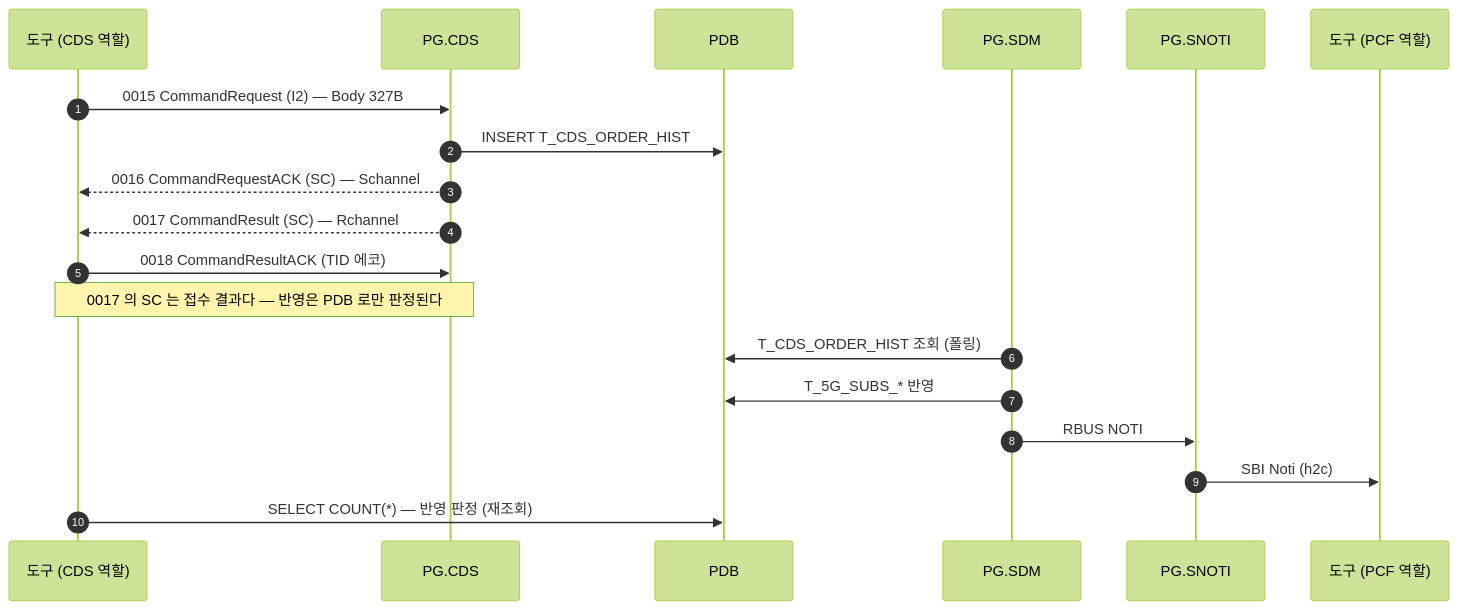
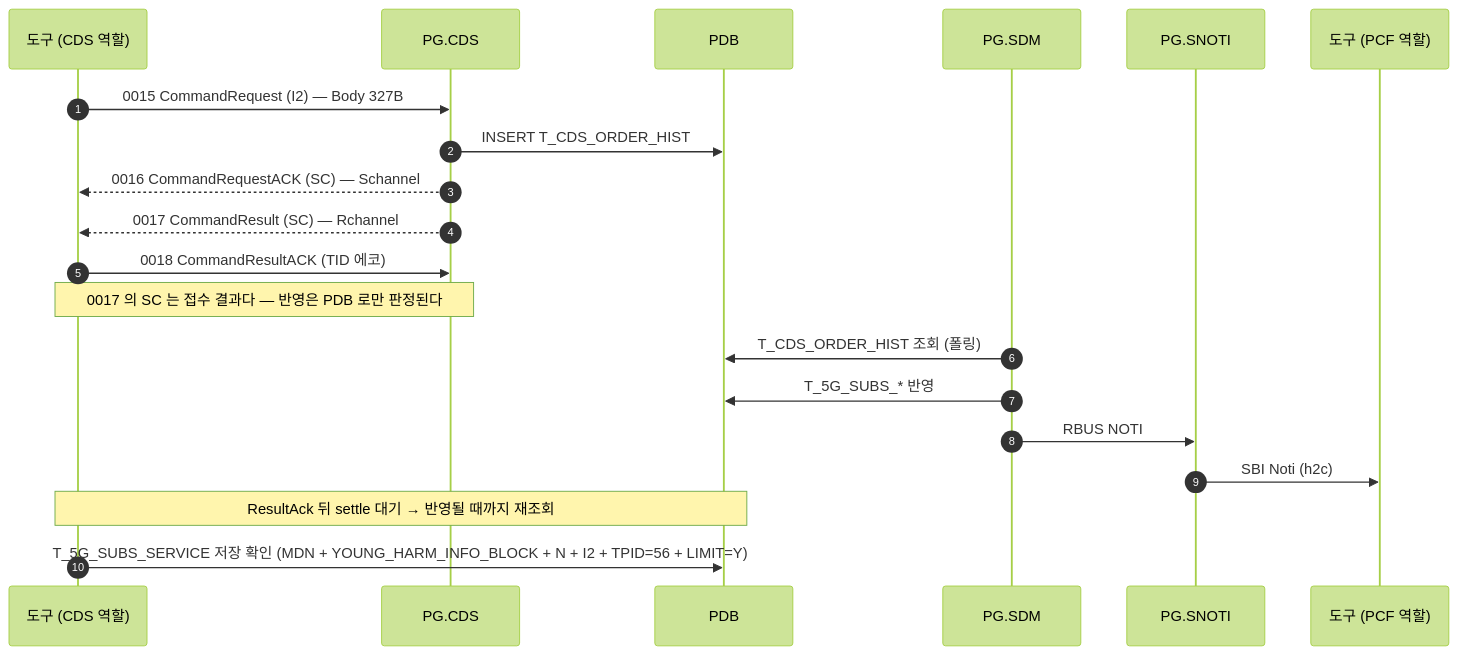
One commit to IanKim2030/tc4robot changed the diagram in docs/callflow/CDS_I2.md. Above: the diagram before and after it, drawn with Mermaid (forest theme). The commit also changed 18 other files, not shown here.

First line of the commit message:
docs: 콜플로우의 PDB 판정을 코드별 실제 조회로 바꾼다

````diff
--- a/docs/callflow/CDS_I2.md
+++ b/docs/callflow/CDS_I2.md
@@ -17,23 +17,24 @@
 ```mermaid
 sequenceDiagram
     autonumber
     participant TOOL as 도구 (CDS 역할)
     participant PCDS as PG.CDS
     participant PDB as PDB
     participant SDM as PG.SDM
     participant SNOTI as PG.SNOTI
     participant PCF as 도구 (PCF 역할)
 
     TOOL->>PCDS: 0015 CommandRequest (I2) — Body 327B
     PCDS->>PDB: INSERT T_CDS_ORDER_HIST
     PCDS-->>TOOL: 0016 CommandRequestACK (SC) — Schannel
     PCDS-->>TOOL: 0017 CommandResult (SC) — Rchannel
     TOOL->>PCDS: 0018 CommandResultACK (TID 에코)
     Note over TOOL,PCDS: 0017 의 SC 는 접수 결과다 — 반영은 PDB 로만 판정된다
 
     SDM->>PDB: T_CDS_ORDER_HIST 조회 (폴링)
     SDM->>PDB: T_5G_SUBS_* 반영
     SDM->>SNOTI: RBUS NOTI
     SNOTI->>PCF: SBI Noti (h2c)
-    TOOL->>PDB: SELECT COUNT(*) — 반영 판정 (재조회)
+    Note over TOOL,PDB: ResultAck 뒤 settle 대기 → 반영될 때까지 재조회
+    TOOL->>PDB: T_5G_SUBS_SERVICE 저장 확인 (MDN + YOUNG_HARM_INFO_BLOCK + N + I2 + TPID=56 + LIMIT=Y)
 ```
````
